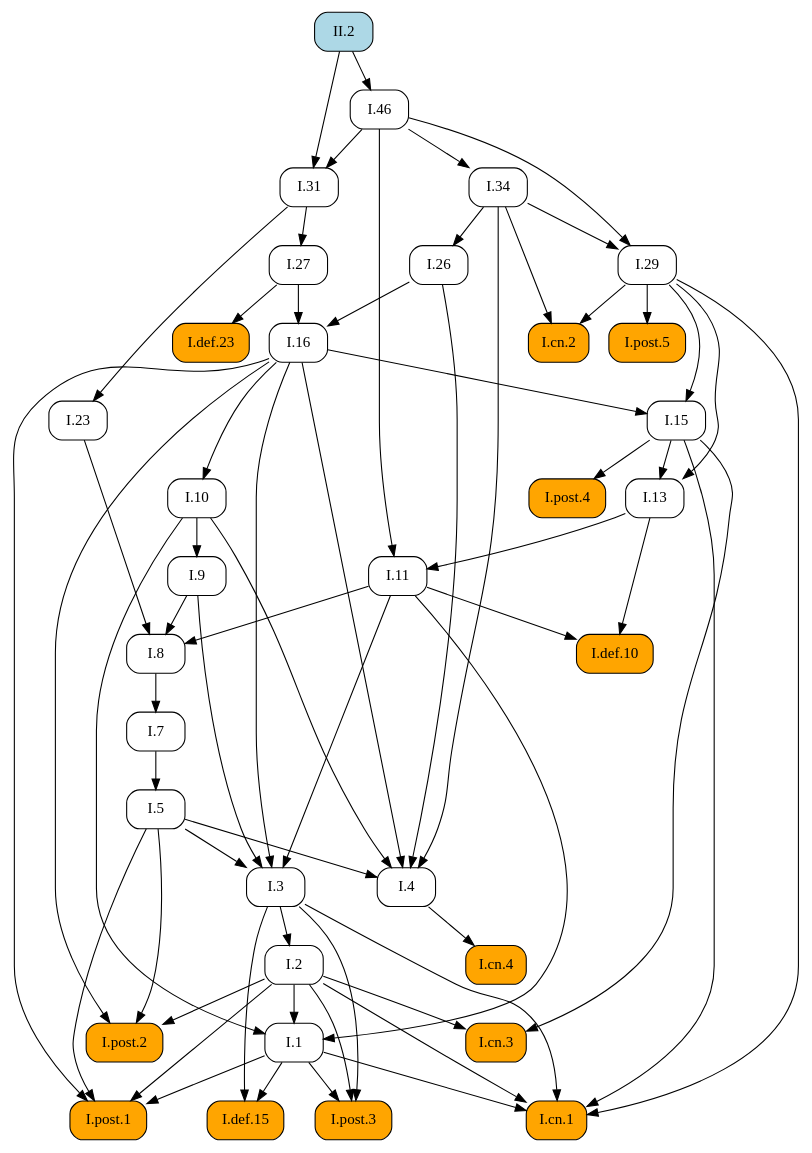
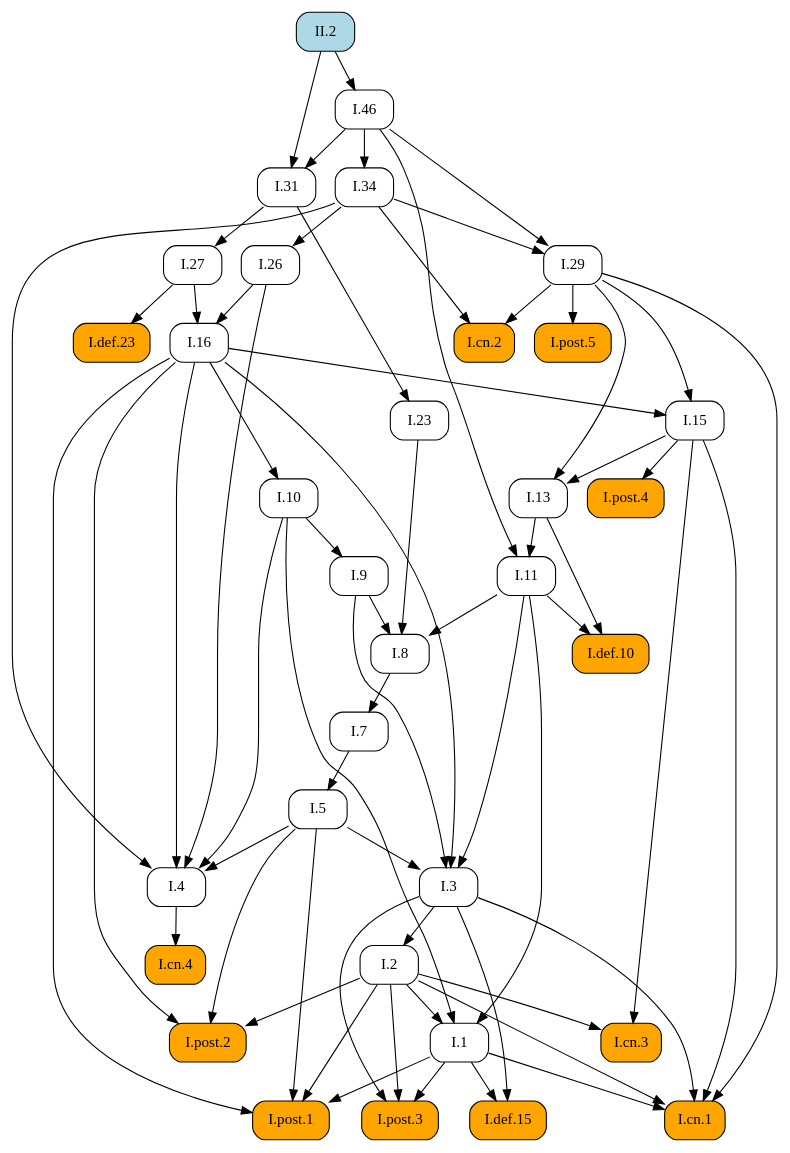
Before and after one commit to geometor/elements: the diagram in docsrc/heath/II/2/index.rst, drawn with Graphviz. The commit also changed other lines of this file and 1029 other files, not shown here.

```diff
--- a/docsrc/heath/II/2/index.rst
+++ b/docsrc/heath/II/2/index.rst
@@ -45,101 +45,101 @@
    digraph {
      rankdir="TB";
      node [shape=box, style=rounded];
+     "I.def.10" [style="rounded,filled", fillcolor=orange, URL="/heath/I/def.10/", target="_top"];
+     "I.11" [URL="/heath/I/11/", target="_top"];
+     "I.post.4" [style="rounded,filled", fillcolor=orange, URL="/heath/I/post.4/", target="_top"];
+     "I.1" [URL="/heath/I/1/", target="_top"];
+     "I.26" [URL="/heath/I/26/", target="_top"];
+     "I.29" [URL="/heath/I/29/", target="_top"];
+     "I.cn.2" [style="rounded,filled", fillcolor=orange, URL="/heath/I/cn.2/", target="_top"];
+     "I.def.15" [style="rounded,filled", fillcolor=orange, URL="/heath/I/def.15/", target="_top"];
+     "I.post.3" [style="rounded,filled", fillcolor=orange, URL="/heath/I/post.3/", target="_top"];
+     "I.cn.1" [style="rounded,filled", fillcolor=orange, URL="/heath/I/cn.1/", target="_top"];
      "I.cn.3" [style="rounded,filled", fillcolor=orange, URL="/heath/I/cn.3/", target="_top"];
-     "I.29" [URL="/heath/I/29/", target="_top"];
+     "I.23" [URL="/heath/I/23/", target="_top"];
+     "I.post.1" [style="rounded,filled", fillcolor=orange, URL="/heath/I/post.1/", target="_top"];
+     "I.27" [URL="/heath/I/27/", target="_top"];
+     "I.46" [URL="/heath/I/46/", target="_top"];
+     "II.2" [style="rounded,filled", fillcolor=lightblue, URL="/heath/II/2/", target="_top"];
      "I.7" [URL="/heath/I/7/", target="_top"];
-     "I.27" [URL="/heath/I/27/", target="_top"];
+     "I.34" [URL="/heath/I/34/", target="_top"];
+     "I.3" [URL="/heath/I/3/", target="_top"];
+     "I.2" [URL="/heath/I/2/", target="_top"];
      "I.def.23" [style="rounded,filled", fillcolor=orange, URL="/heath/I/def.23/", target="_top"];
-     "I.34" [URL="/heath/I/34/", target="_top"];
+     "I.4" [URL="/heath/I/4/", target="_top"];
+     "I.13" [URL="/heath/I/13/", target="_top"];
+     "I.31" [URL="/heath/I/31/", target="_top"];
+     "I.post.2" [style="rounded,filled", fillcolor=orange, URL="/heath/I/post.2/", target="_top"];
+     "I.16" [URL="/heath/I/16/", target="_top"];
+     "I.9" [URL="/heath/I/9/", target="_top"];
      "I.8" [URL="/heath/I/8/", target="_top"];
-     "I.9" [URL="/heath/I/9/", target="_top"];
-     "I.post.4" [style="rounded,filled", fillcolor=orange, URL="/heath/I/post.4/", target="_top"];
-     "I.2" [URL="/heath/I/2/", target="_top"];
-     "I.def.15" [style="rounded,filled", fillcolor=orange, URL="/heath/I/def.15/", target="_top"];
-     "I.1" [URL="/heath/I/1/", target="_top"];
-     "I.post.1" [style="rounded,filled", fillcolor=orange, URL="/heath/I/post.1/", target="_top"];
      "I.cn.4" [style="rounded,filled", fillcolor=orange, URL="/heath/I/cn.4/", target="_top"];
-     "I.26" [URL="/heath/I/26/", target="_top"];
-     "I.23" [URL="/heath/I/23/", target="_top"];
-     "I.13" [URL="/heath/I/13/", target="_top"];
-     "I.cn.2" [style="rounded,filled", fillcolor=orange, URL="/heath/I/cn.2/", target="_top"];
+     "I.15" [URL="/heath/I/15/", target="_top"];
+     "I.post.5" [style="rounded,filled", fillcolor=orange, URL="/heath/I/post.5/", target="_top"];
+     "I.10" [URL="/heath/I/10/", target="_top"];
      "I.5" [URL="/heath/I/5/", target="_top"];
-     "I.11" [URL="/heath/I/11/", target="_top"];
-     "I.10" [URL="/heath/I/10/", target="_top"];
-     "I.4" [URL="/heath/I/4/", target="_top"];
-     "I.3" [URL="/heath/I/3/", target="_top"];
-     "I.16" [URL="/heath/I/16/", target="_top"];
-     "I.31" [URL="/heath/I/31/", target="_top"];
-     "I.def.10" [style="rounded,filled", fillcolor=orange, URL="/heath/I/def.10/", target="_top"];
-     "I.46" [URL="/heath/I/46/", target="_top"];
-     "I.post.2" [style="rounded,filled", fillcolor=orange, URL="/heath/I/post.2/", target="_top"];
-     "I.post.3" [style="rounded,filled", fillcolor=orange, URL="/heath/I/post.3/", target="_top"];
-     "I.post.5" [style="rounded,filled", fillcolor=orange, URL="/heath/I/post.5/", target="_top"];
-     "II.2" [style="rounded,filled", fillcolor=lightblue, URL="/heath/II/2/", target="_top"];
-     "I.15" [URL="/heath/I/15/", target="_top"];
-     "I.cn.1" [style="rounded,filled", fillcolor=orange, URL="/heath/I/cn.1/", target="_top"];
-     "I.2" -> "I.cn.3";
-     "I.15" -> "I.cn.3";
-     "I.34" -> "I.29";
-     "I.46" -> "I.29";
-     "I.8" -> "I.7";
-     "I.31" -> "I.27";
-     "I.27" -> "I.def.23";
-     "I.46" -> "I.34";
-     "I.9" -> "I.8";
-     "I.11" -> "I.8";
-     "I.23" -> "I.8";
-     "I.10" -> "I.9";
+     "I.11" -> "I.def.10";
+     "I.13" -> "I.def.10";
+     "I.13" -> "I.11";
+     "I.46" -> "I.11";
      "I.15" -> "I.post.4";
-     "I.3" -> "I.2";
-     "I.1" -> "I.def.15";
-     "I.3" -> "I.def.15";
      "I.2" -> "I.1";
      "I.10" -> "I.1";
      "I.11" -> "I.1";
+     "I.34" -> "I.26";
+     "I.34" -> "I.29";
+     "I.46" -> "I.29";
+     "I.29" -> "I.cn.2";
+     "I.34" -> "I.cn.2";
+     "I.1" -> "I.def.15";
+     "I.3" -> "I.def.15";
+     "I.1" -> "I.post.3";
+     "I.2" -> "I.post.3";
+     "I.3" -> "I.post.3";
+     "I.1" -> "I.cn.1";
+     "I.2" -> "I.cn.1";
+     "I.3" -> "I.cn.1";
+     "I.15" -> "I.cn.1";
+     "I.29" -> "I.cn.1";
+     "I.2" -> "I.cn.3";
+     "I.15" -> "I.cn.3";
+     "I.31" -> "I.23";
      "I.1" -> "I.post.1";
      "I.2" -> "I.post.1";
      "I.5" -> "I.post.1";
      "I.16" -> "I.post.1";
-     "I.4" -> "I.cn.4";
-     "I.34" -> "I.26";
-     "I.31" -> "I.23";
-     "I.15" -> "I.13";
-     "I.29" -> "I.13";
-     "I.29" -> "I.cn.2";
-     "I.34" -> "I.cn.2";
-     "I.7" -> "I.5";
-     "I.13" -> "I.11";
-     "I.46" -> "I.11";
-     "I.16" -> "I.10";
+     "I.31" -> "I.27";
+     "II.2" -> "I.46";
+     "I.8" -> "I.7";
+     "I.46" -> "I.34";
+     "I.5" -> "I.3";
+     "I.9" -> "I.3";
+     "I.11" -> "I.3";
+     "I.16" -> "I.3";
+     "I.3" -> "I.2";
+     "I.27" -> "I.def.23";
      "I.5" -> "I.4";
      "I.10" -> "I.4";
      "I.16" -> "I.4";
      "I.26" -> "I.4";
      "I.34" -> "I.4";
-     "I.5" -> "I.3";
-     "I.9" -> "I.3";
-     "I.11" -> "I.3";
-     "I.16" -> "I.3";
-     "I.26" -> "I.16";
-     "I.27" -> "I.16";
+     "I.15" -> "I.13";
+     "I.29" -> "I.13";
      "I.46" -> "I.31";
      "II.2" -> "I.31";
-     "I.11" -> "I.def.10";
-     "I.13" -> "I.def.10";
-     "II.2" -> "I.46";
      "I.2" -> "I.post.2";
      "I.5" -> "I.post.2";
      "I.16" -> "I.post.2";
-     "I.1" -> "I.post.3";
-     "I.2" -> "I.post.3";
-     "I.3" -> "I.post.3";
-     "I.29" -> "I.post.5";
+     "I.26" -> "I.16";
+     "I.27" -> "I.16";
+     "I.10" -> "I.9";
+     "I.9" -> "I.8";
+     "I.11" -> "I.8";
+     "I.23" -> "I.8";
+     "I.4" -> "I.cn.4";
      "I.16" -> "I.15";
      "I.29" -> "I.15";
-     "I.1" -> "I.cn.1";
-     "I.2" -> "I.cn.1";
-     "I.3" -> "I.cn.1";
-     "I.15" -> "I.cn.1";
-     "I.29" -> "I.cn.1";
+     "I.29" -> "I.post.5";
+     "I.16" -> "I.10";
+     "I.7" -> "I.5";
    }
```
